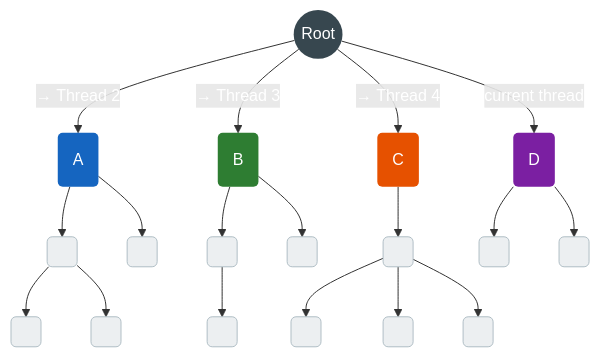
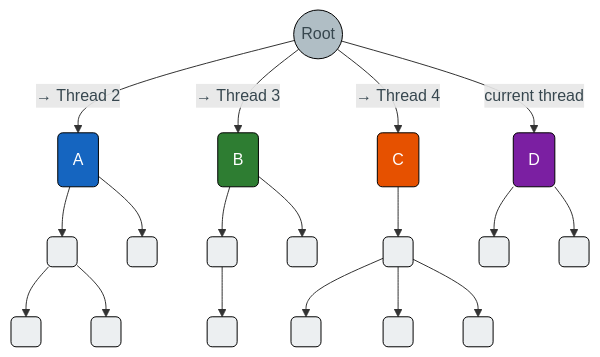
The first of 2 diagrams in docs/reference/implementations/load-balancers/quasi-horizontal.md (rapastranac/gempba-docs), drawn with Mermaid before and after one commit. The commit also changed other lines of this file and 1 other file, not shown here.

Commit message:
#8 Fixed colors in the mermaid diagrams

````diff
--- a/docs/reference/implementations/load-balancers/quasi-horizontal.md
+++ b/docs/reference/implementations/load-balancers/quasi-horizontal.md
@@ -15,33 +15,33 @@
 ```mermaid
 flowchart TD
     R(("Root")):::root
 
     R -->|"→ Thread 2"| A("A"):::t2
     R -->|"→ Thread 3"| B("B"):::t3
     R -->|"→ Thread 4"| C("C"):::t4
     R -->|"current thread"| D("D"):::t1
 
     A --> a1(" "):::sub
     A --> a2(" "):::sub
     a1 --> a3(" "):::sub
     a1 --> a4(" "):::sub
 
     B --> b1(" "):::sub
     B --> b2(" "):::sub
     b1 --> b3(" "):::sub
 
     C --> c1(" "):::sub
     c1 --> c2(" "):::sub
     c1 --> c3(" "):::sub
     c1 --> c4(" "):::sub
 
     D --> d1(" "):::sub
     D --> d2(" "):::sub
 
-    classDef root fill:#37474f,color:#fff,stroke:none
-    classDef t1   fill:#7b1fa2,color:#fff,stroke:none
-    classDef t2   fill:#1565c0,color:#fff,stroke:none
-    classDef t3   fill:#2e7d32,color:#fff,stroke:none
-    classDef t4   fill:#e65100,color:#fff,stroke:none
-    classDef sub  fill:#eceff1,color:#546e7a,stroke:#b0bec5
+    classDef root fill:#b0bec5,color:#37474f,stroke:#000000
+    classDef t1   fill:#7b1fa2,color:#fff,stroke:#000000
+    classDef t2   fill:#1565c0,color:#fff,stroke:#000000
+    classDef t3   fill:#2e7d32,color:#fff,stroke:#000000
+    classDef t4   fill:#e65100,color:#fff,stroke:#000000
+    classDef sub  fill:#eceff1,color:#546e7a,stroke:#000000
 ```
````
